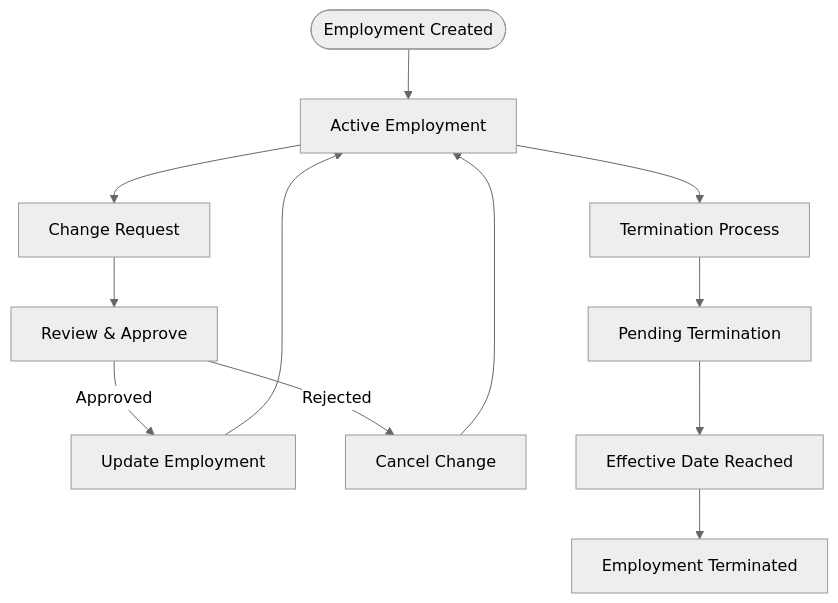
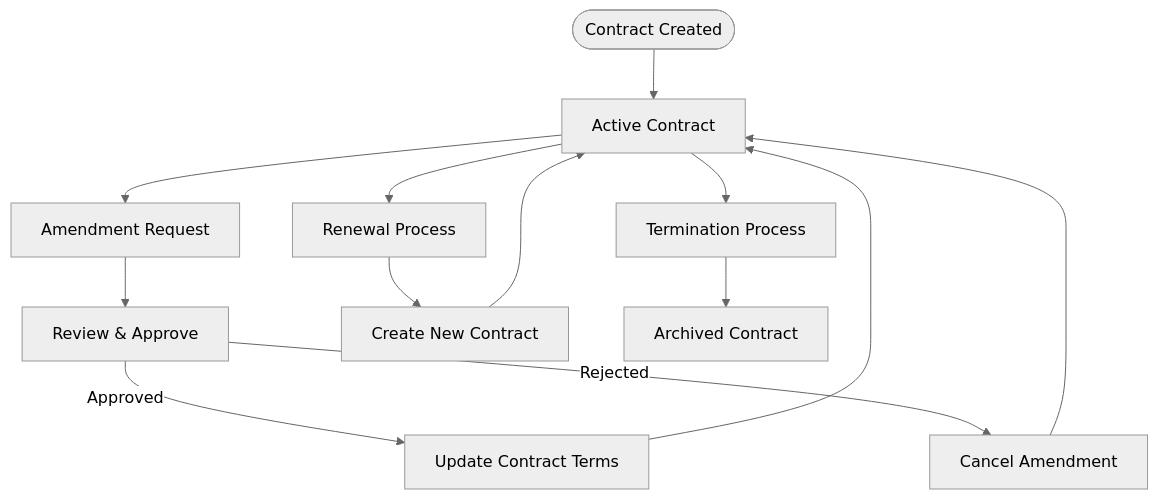
One commit to EdwinCycling/LiquidHR changed the sixth of 8 diagrams in .qoder/repowiki/en/content/Architecture Overview/Backend Architecture/API Routes Architecture.md. Above: the diagram before and after it, drawn with Mermaid (neutral theme). The commit also changed other lines of this file and 73 other files, not shown here.

````diff
--- a/.qoder/repowiki/en/content/Architecture Overview/Backend Architecture/API Routes Architecture.md
+++ b/.qoder/repowiki/en/content/Architecture Overview/Backend Architecture/API Routes Architecture.md
@@ -282,14 +309,15 @@
 ```mermaid
 flowchart TD
-Start([Employment Created]) --> Active["Active Employment"]
-Active --> Change["Change Request"]
-Change --> Review["Review & Approve"]
-Review --> |Approved| Update["Update Employment"]
-Review --> |Rejected| Cancel["Cancel Change"]
+Start([Contract Created]) --> Active["Active Contract"]
+Active --> Amendment["Amendment Request"]
+Amendment --> Review["Review & Approve"]
+Review --> |Approved| Update["Update Contract Terms"]
+Review --> |Rejected| Cancel["Cancel Amendment"]
 Update --> Active
+Active --> Renewal["Renewal Process"]
+Renewal --> NewContract["Create New Contract"]
+NewContract --> Active
 Active --> Termination["Termination Process"]
-Termination --> Pending["Pending Termination"]
-Pending --> Effective["Effective Date Reached"]
-Effective --> Terminated["Employment Terminated"]
+Termination --> Archived["Archived Contract"]
 Cancel --> Active
 ```
````
